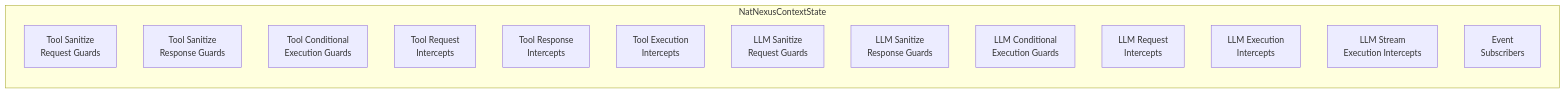
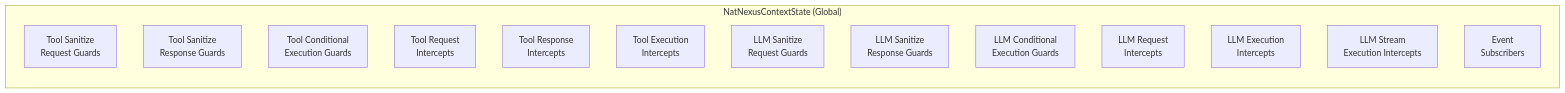
One commit to NVIDIA/NeMo-Relay changed the second of 4 diagrams in docs/architecture.md. Above: the diagram before and after it, drawn with Mermaid. The commit also changed other lines of this file and 31 other files, not shown here.

````diff
--- a/docs/architecture.md
+++ b/docs/architecture.md
@@ -114,20 +117,20 @@
 ```mermaid
 graph LR
-    subgraph "NatNexusContextState"
+    subgraph "NatNexusContextState (Global)"
         TSR[Tool Sanitize<br/>Request Guards]
         TSP[Tool Sanitize<br/>Response Guards]
         TCE[Tool Conditional<br/>Execution Guards]
         TRI[Tool Request<br/>Intercepts]
         TRSI[Tool Response<br/>Intercepts]
         TEI[Tool Execution<br/>Intercepts]
 
         LSR[LLM Sanitize<br/>Request Guards]
         LSP[LLM Sanitize<br/>Response Guards]
         LCE[LLM Conditional<br/>Execution Guards]
         LRI[LLM Request<br/>Intercepts]
         LEI[LLM Execution<br/>Intercepts]
         LSEI[LLM Stream<br/>Execution Intercepts]
 
         SUBS[Event<br/>Subscribers]
     end
 ```
````
